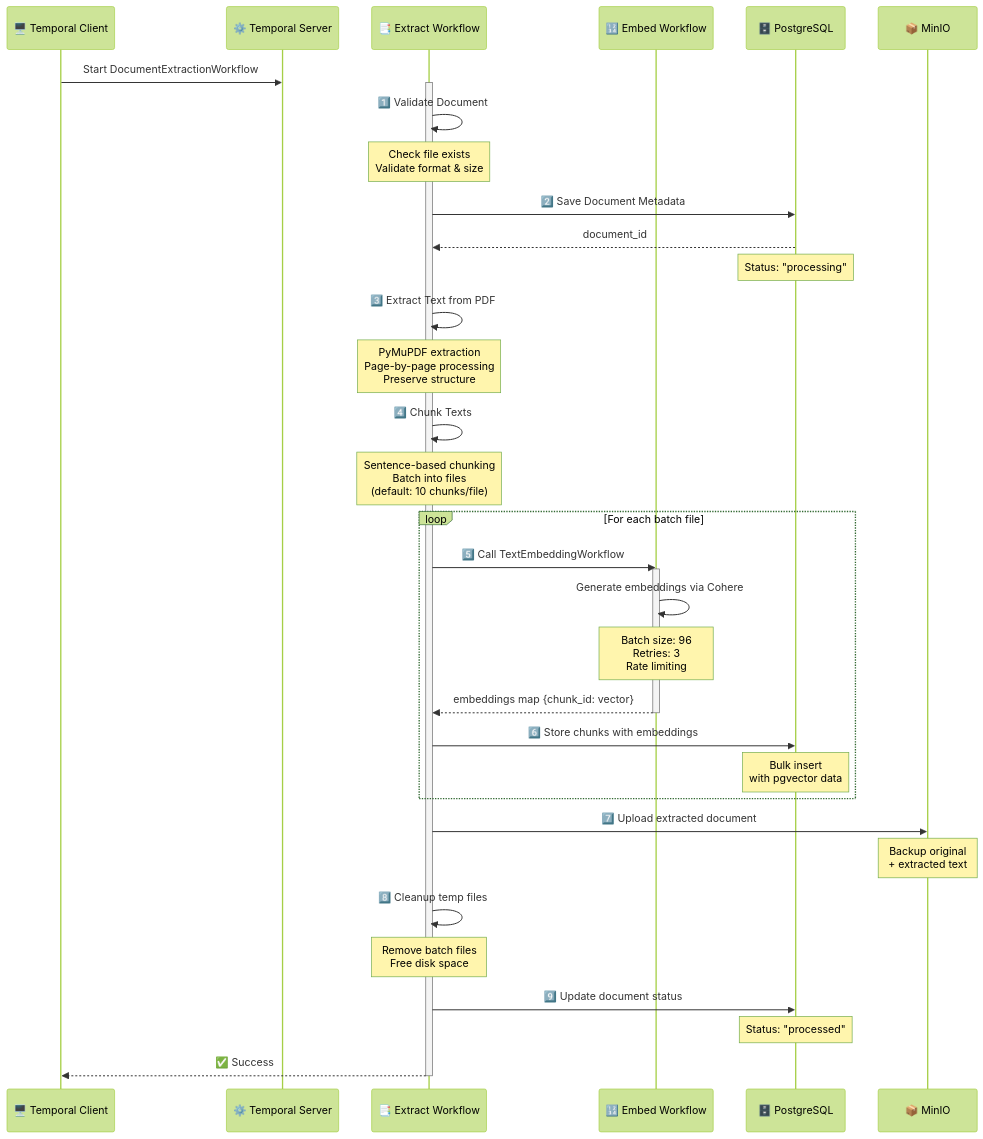
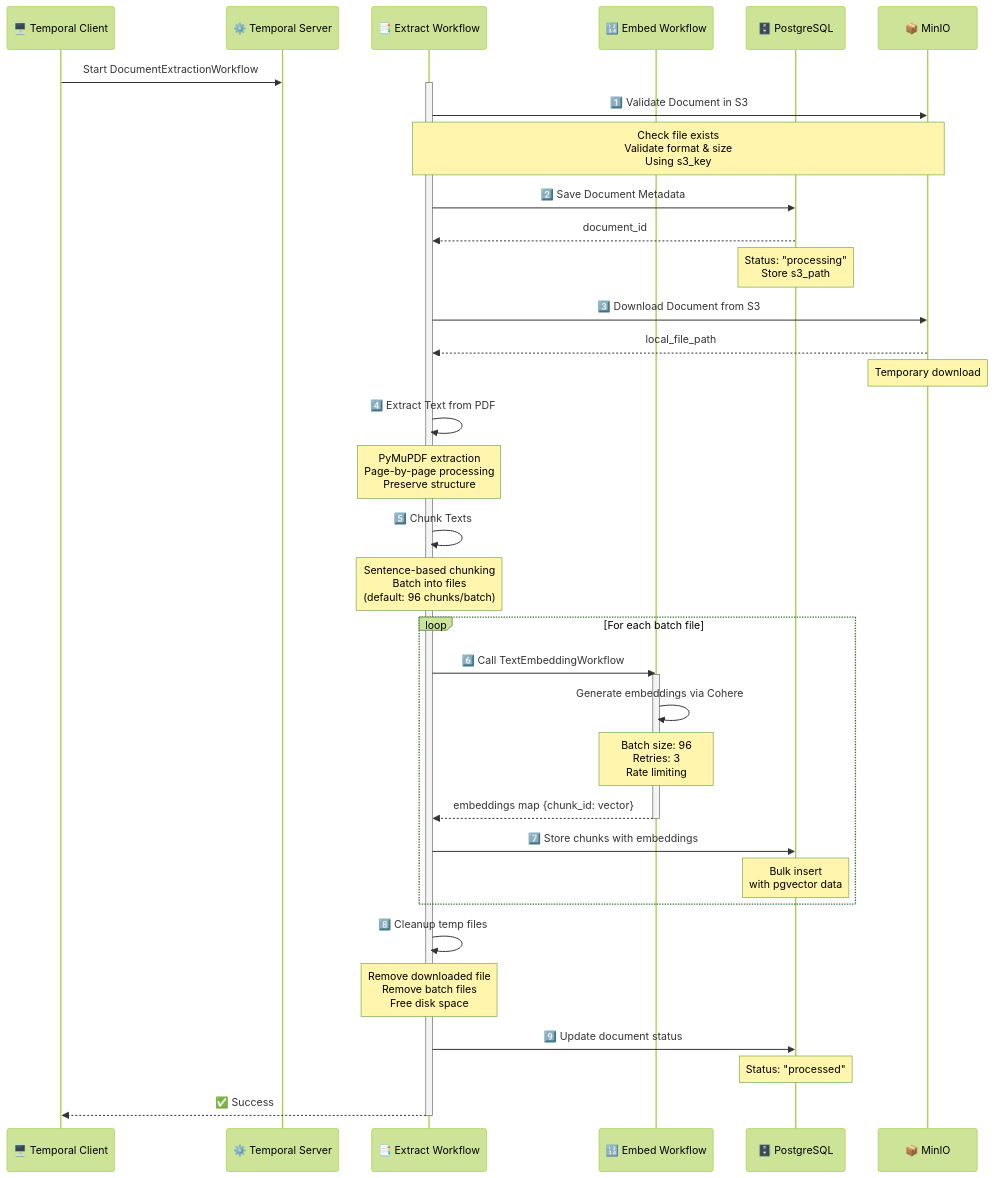
One commit to winnin/gdai changed the third of 4 diagrams in README.md. Above: the diagram before and after it, drawn with Mermaid (forest theme). The commit also changed other lines of this file and 9 other files, not shown here.

````diff
--- a/README.md
+++ b/README.md
@@ -320,49 +339,50 @@
 ```mermaid
 sequenceDiagram
     participant Client as 🖥️ Temporal Client
     participant Temporal as ⚙️ Temporal Server
     participant ExtractWF as 📑 Extract Workflow
     participant EmbedWF as 🔢 Embed Workflow
     participant DB as 🗄️ PostgreSQL
     participant S3 as 📦 MinIO
 
     Client->>Temporal: Start DocumentExtractionWorkflow
     activate ExtractWF
 
-    ExtractWF->>ExtractWF: 1️⃣ Validate Document
-    Note over ExtractWF: Check file exists<br/>Validate format & size
+    ExtractWF->>S3: 1️⃣ Validate Document in S3
+    Note over ExtractWF,S3: Check file exists<br/>Validate format & size<br/>Using s3_key
 
     ExtractWF->>DB: 2️⃣ Save Document Metadata
     DB-->>ExtractWF: document_id
-    Note over DB: Status: "processing"
+    Note over DB: Status: "processing"<br/>Store s3_path
 
-    ExtractWF->>ExtractWF: 3️⃣ Extract Text from PDF
+    ExtractWF->>S3: 3️⃣ Download Document from S3
+    S3-->>ExtractWF: local_file_path
+    Note over S3: Temporary download
+
+    ExtractWF->>ExtractWF: 4️⃣ Extract Text from PDF
     Note over ExtractWF: PyMuPDF extraction<br/>Page-by-page processing<br/>Preserve structure
 
-    ExtractWF->>ExtractWF: 4️⃣ Chunk Texts
-    Note over ExtractWF: Sentence-based chunking<br/>Batch into files<br/>(default: 10 chunks/file)
+    ExtractWF->>ExtractWF: 5️⃣ Chunk Texts
+    Note over ExtractWF: Sentence-based chunking<br/>Batch into files<br/>(default: 96 chunks/batch)
 
     loop For each batch file
-        ExtractWF->>EmbedWF: 5️⃣ Call TextEmbeddingWorkflow
+        ExtractWF->>EmbedWF: 6️⃣ Call TextEmbeddingWorkflow
         activate EmbedWF
         EmbedWF->>EmbedWF: Generate embeddings via Cohere
         Note over EmbedWF: Batch size: 96<br/>Retries: 3<br/>Rate limiting
         EmbedWF-->>ExtractWF: embeddings map {chunk_id: vector}
         deactivate EmbedWF
 
-        ExtractWF->>DB: 6️⃣ Store chunks with embeddings
+        ExtractWF->>DB: 7️⃣ Store chunks with embeddings
         Note over DB: Bulk insert<br/>with pgvector data
     end
 
-    ExtractWF->>S3: 7️⃣ Upload extracted document
-    Note over S3: Backup original<br/>+ extracted text
-
     ExtractWF->>ExtractWF: 8️⃣ Cleanup temp files
-    Note over ExtractWF: Remove batch files<br/>Free disk space
+    Note over ExtractWF: Remove downloaded file<br/>Remove batch files<br/>Free disk space
 
     ExtractWF->>DB: 9️⃣ Update document status
     Note over DB: Status: "processed"
 
     ExtractWF-->>Client: ✅ Success
     deactivate ExtractWF
 ```
````
